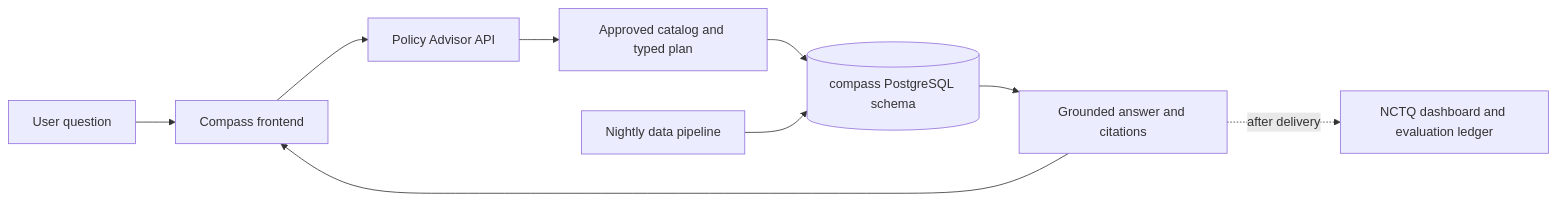
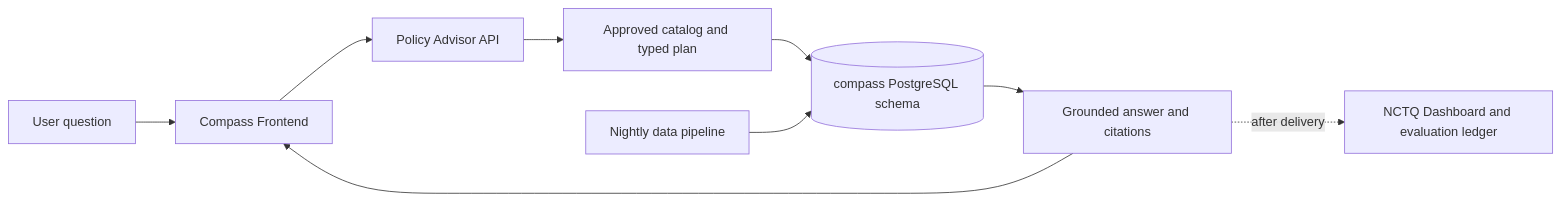
Before and after one commit to Starling-Strategy/compass: the diagram in docs/01-start-here.md, drawn with Mermaid. The commit also changed other lines of this file and 9 other files, not shown here.

````diff
--- a/docs/01-start-here.md
+++ b/docs/01-start-here.md
@@ -83,11 +81,11 @@
 ```mermaid
 flowchart LR
-    U[User question] --> FE[Compass frontend]
+    U[User question] --> FE[Compass Frontend]
     FE --> API[Policy Advisor API]
     API --> CAT[Approved catalog and typed plan]
     CAT --> DB[(compass PostgreSQL schema)]
     DB --> R[Grounded answer and citations]
     R --> FE
     DATA[Nightly data pipeline] --> DB
-    R -. after delivery .-> QA[NCTQ dashboard and evaluation ledger]
+    R -. after delivery .-> QA[NCTQ Dashboard and evaluation ledger]
 ```
````
